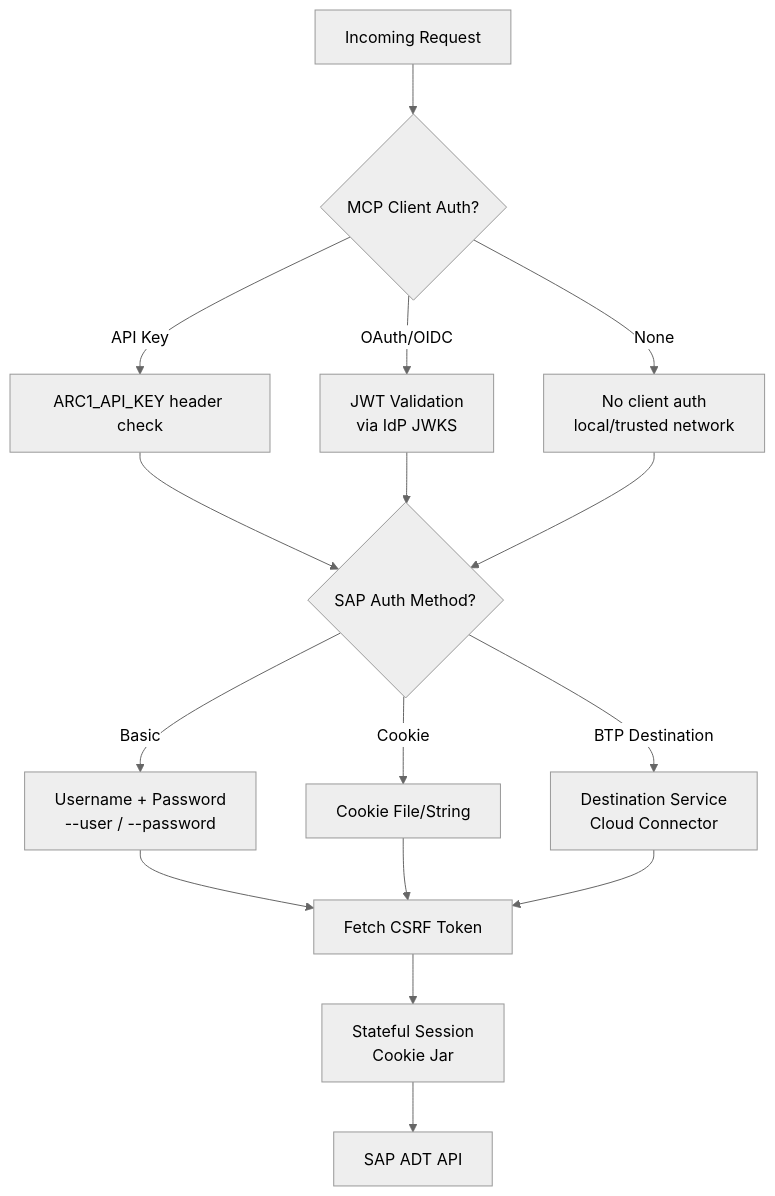
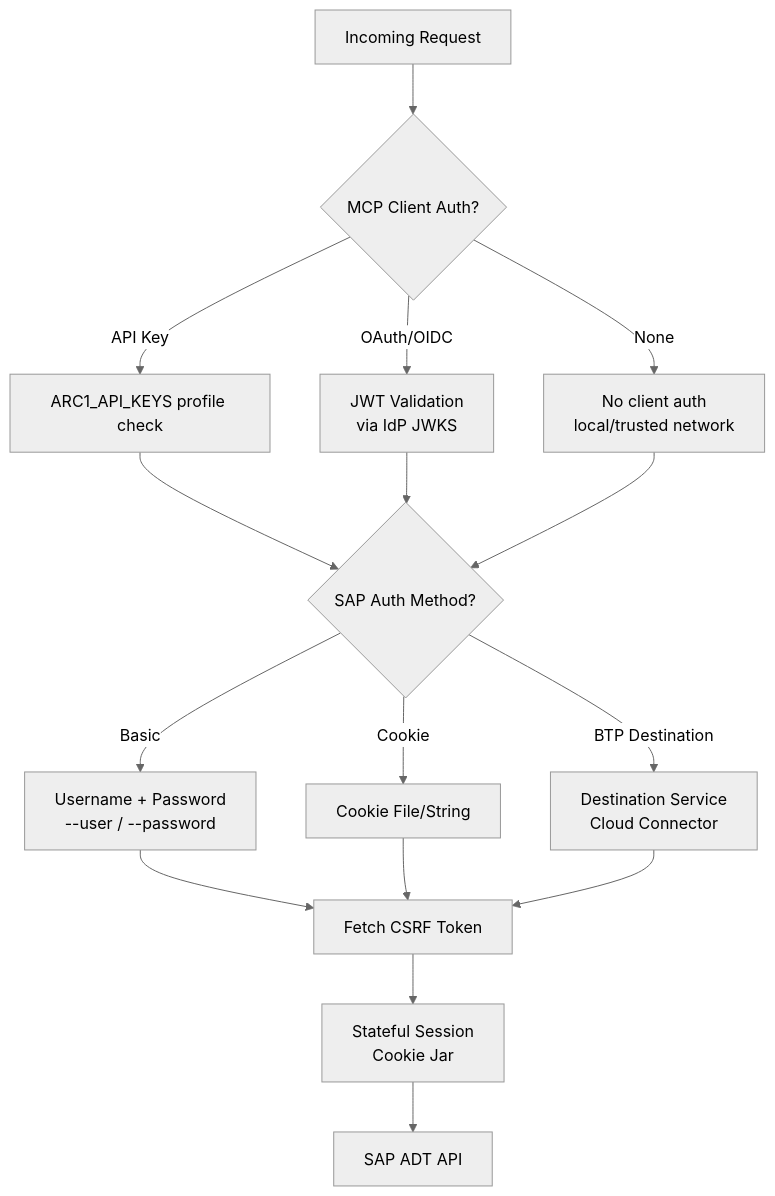
One commit to marianfoo/arc-1 changed the fourth of 7 diagrams in docs_page/architecture.md. Above: the diagram before and after it, drawn with Mermaid (neutral theme). The commit also changed other lines of this file and 57 other files, not shown here.

````diff
--- a/docs_page/architecture.md
+++ b/docs_page/architecture.md
@@ -211,25 +211,25 @@
 ```mermaid
 flowchart TD
     Request[Incoming Request] --> MCPAuth{MCP Client Auth?}
 
-    MCPAuth -->|API Key| APIKey[ARC1_API_KEY header check]
+    MCPAuth -->|API Key| APIKey[ARC1_API_KEYS profile check]
     MCPAuth -->|OAuth/OIDC| OIDC[JWT Validation<br/>via IdP JWKS]
     MCPAuth -->|None| NoAuth[No client auth<br/>local/trusted network]
 
     APIKey --> SAPAuth
     OIDC --> SAPAuth
     NoAuth --> SAPAuth
 
     SAPAuth{SAP Auth Method?}
 
     SAPAuth -->|Basic| Basic[Username + Password<br/>--user / --password]
     SAPAuth -->|Cookie| Cookie[Cookie File/String]
     SAPAuth -->|BTP Destination| BTP[Destination Service<br/>Cloud Connector]
 
     Basic --> CSRF[Fetch CSRF Token]
     Cookie --> CSRF
     BTP --> CSRF
 
     CSRF --> Session[Stateful Session<br/>Cookie Jar]
     Session --> SAP[SAP ADT API]
 ```
````
